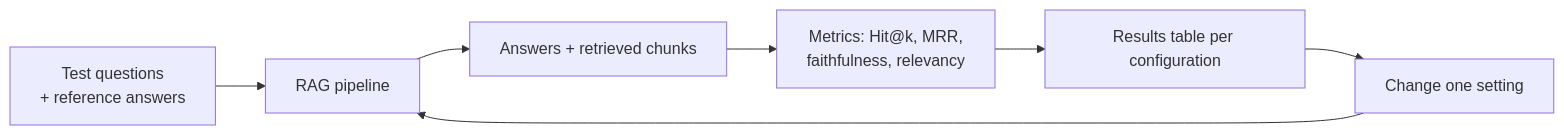
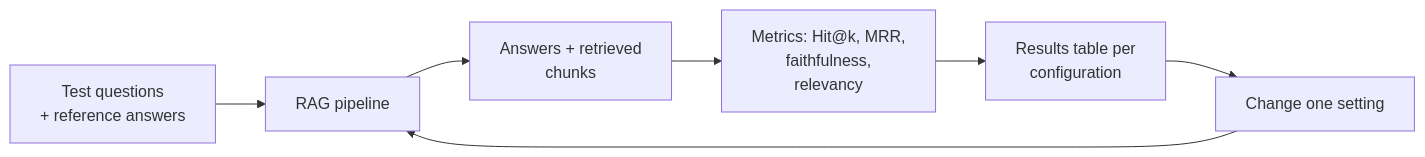
One commit to ajay-nikumbh/RAG-From-Basics-to-Production changed the second of 2 diagrams in 01. Naive RAG/notes/01. Basic Concepts/11. Evaluation Basics.md. Above: the diagram before and after it, drawn with Mermaid. The commit also changed other lines of this file and 38 other files, not shown here.

First line of the commit message:
Group root README by pattern, widen tables, wrap diagram labels

````diff
--- a/01. Naive RAG/notes/01. Basic Concepts/11. Evaluation Basics.md
+++ b/01. Naive RAG/notes/01. Basic Concepts/11. Evaluation Basics.md
@@ -103,8 +103,8 @@
 ```mermaid
 flowchart LR
     T[Test questions<br/>+ reference answers] --> P[RAG pipeline]
-    P --> O[Answers + retrieved chunks]
-    O --> M[Metrics: Hit@k, MRR,<br/>faithfulness, relevancy]
-    M --> R[Results table per configuration]
+    P --> O[Answers + retrieved<br/>chunks]
+    O --> M[Metrics: Hit@k, MRR,<br/>faithfulness,<br/>relevancy]
+    M --> R[Results table per<br/>configuration]
     R --> CH[Change one setting] --> P
 ```
````
